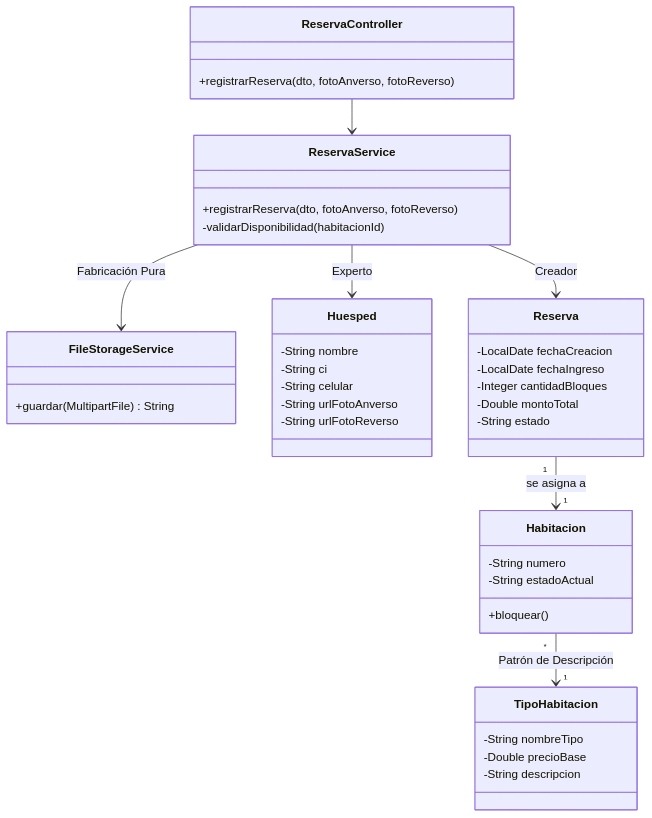
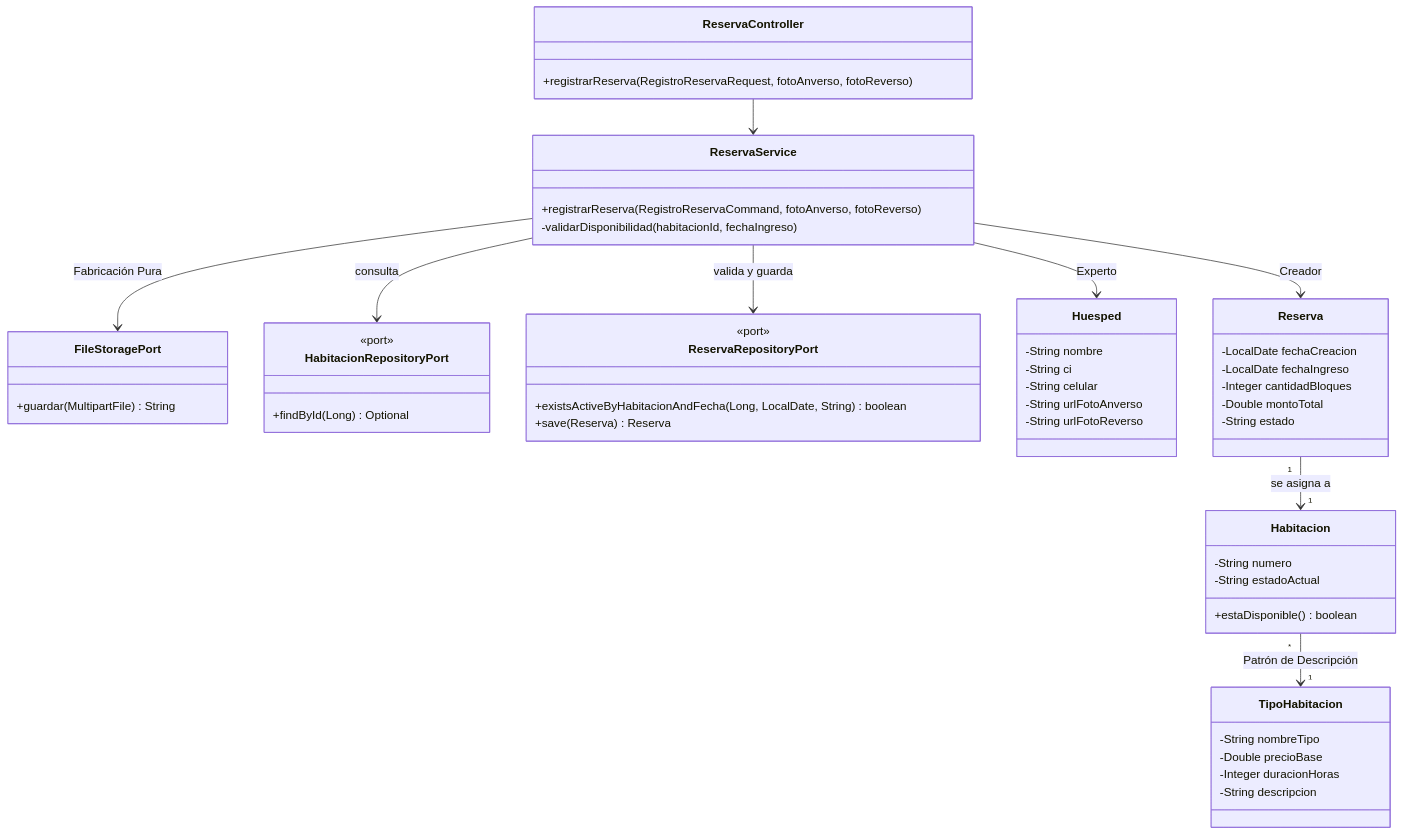
Before and after one commit to Tsmrain/GestionSistemas: the diagram in 03_Diseño/CU-02-Registrar-Reserva/CU-02_Clases_Diseño.mmd, drawn with Mermaid. The commit also changed 55 other files, not shown here.

Commit message:
Refactor reservas flow for layered architecture

```diff
--- a/03_Diseño/CU-02-Registrar-Reserva/CU-02_Clases_Diseño.mmd
+++ b/03_Diseño/CU-02-Registrar-Reserva/CU-02_Clases_Diseño.mmd
@@ -1,43 +1,55 @@
 classDiagram
     direction TB
     class ReservaController {
-        +registrarReserva(dto, fotoAnverso, fotoReverso)
+        +registrarReserva(RegistroReservaRequest, fotoAnverso, fotoReverso)
     }
     class ReservaService {
-        +registrarReserva(dto, fotoAnverso, fotoReverso)
-        -validarDisponibilidad(habitacionId)
+        +registrarReserva(RegistroReservaCommand, fotoAnverso, fotoReverso)
+        -validarDisponibilidad(habitacionId, fechaIngreso)
     }
-    class FileStorageService {
+    class FileStoragePort {
         +guardar(MultipartFile) String
+    }
+    class HabitacionRepositoryPort {
+        <<port>>
+        +findById(Long) Optional
+    }
+    class ReservaRepositoryPort {
+        <<port>>
+        +existsActiveByHabitacionAndFecha(Long, LocalDate, String) boolean
+        +save(Reserva) Reserva
     }
     class Huesped {
         -String nombre
         -String ci
         -String celular
         -String urlFotoAnverso
         -String urlFotoReverso
     }
     class Reserva {
         -LocalDate fechaCreacion
         -LocalDate fechaIngreso
         -Integer cantidadBloques
         -Double montoTotal
         -String estado
     }
     class Habitacion {
         -String numero
         -String estadoActual
-        +bloquear()
+        +estaDisponible() boolean
     }
     class TipoHabitacion {
         -String nombreTipo
         -Double precioBase
+        -Integer duracionHoras
         -String descripcion
     }
 
     ReservaController --> ReservaService
-    ReservaService --> FileStorageService : Fabricación Pura
+    ReservaService --> FileStoragePort : Fabricación Pura
+    ReservaService --> HabitacionRepositoryPort : consulta
+    ReservaService --> ReservaRepositoryPort : valida y guarda
     ReservaService --> Huesped : Experto
     ReservaService --> Reserva : Creador
     Reserva "1" --> "1" Habitacion : se asigna a
     Habitacion "*" --> "1" TipoHabitacion : Patrón de Descripción
```
